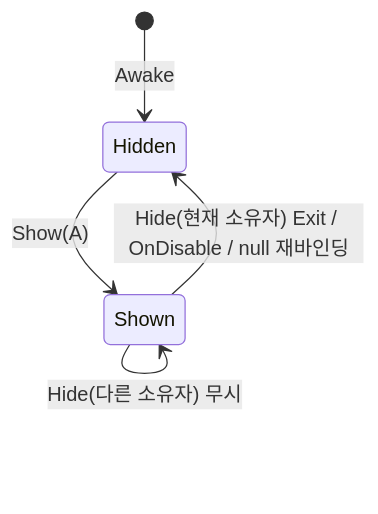
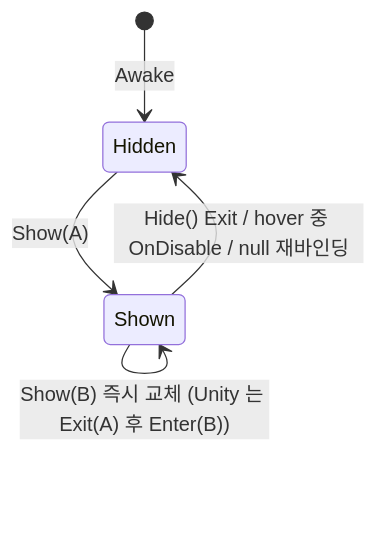
One commit to Wanghyesung/ECS changed the second of 2 diagrams in .claude/docs/prd/SODataHoverTooltip.md. Above: the diagram before and after it, drawn with Mermaid. The commit also changed other lines of this file and 15 other files, not shown here.

````diff
--- a/.claude/docs/prd/SODataHoverTooltip.md
+++ b/.claude/docs/prd/SODataHoverTooltip.md
@@ -65,8 +61,7 @@
 ```mermaid
 stateDiagram-v2
     [*] --> Hidden : Awake
     Hidden --> Shown : Show(A)
-    Shown --> Shown : Show(B) 즉시 교체
-    Shown --> Shown : Hide(다른 소유자) 무시
-    Shown --> Hidden : Hide(현재 소유자) Exit / OnDisable / null 재바인딩
+    Shown --> Shown : Show(B) 즉시 교체 (Unity 는 Exit(A) 후 Enter(B))
+    Shown --> Hidden : Hide() Exit / hover 중 OnDisable / null 재바인딩
 ```
````
